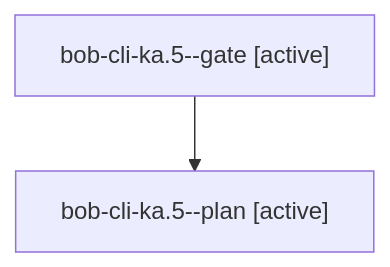
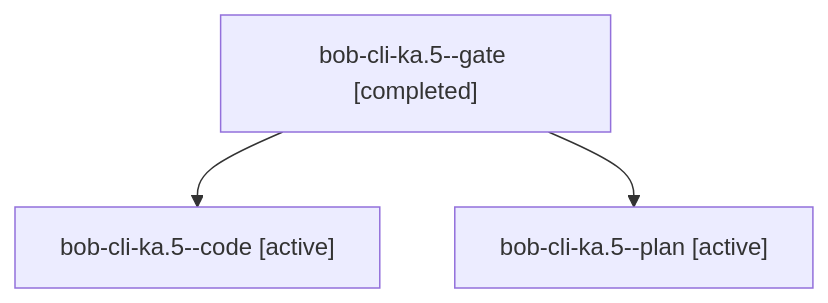
Before and after one commit to bobs-org/bob-cli--agents: the diagram in sessions/bbugyi200.athena.bob-cli-ka.5.md, drawn with Mermaid. The commit also changed other lines of this file and 33 other files, not shown here.

````diff
--- a/sessions/bbugyi200.athena.bob-cli-ka.5.md
+++ b/sessions/bbugyi200.athena.bob-cli-ka.5.md
@@ -9,6 +9,8 @@
 ```mermaid
 flowchart TD
-  n0["bob-cli-ka.5--gate [active]"]
-  n1["bob-cli-ka.5--plan [active]"]
+  n0["bob-cli-ka.5--gate [completed]"]
+  n1["bob-cli-ka.5--code [active]"]
   n0 --> n1
+  n2["bob-cli-ka.5--plan [active]"]
+  n0 --> n2
 ```
````
